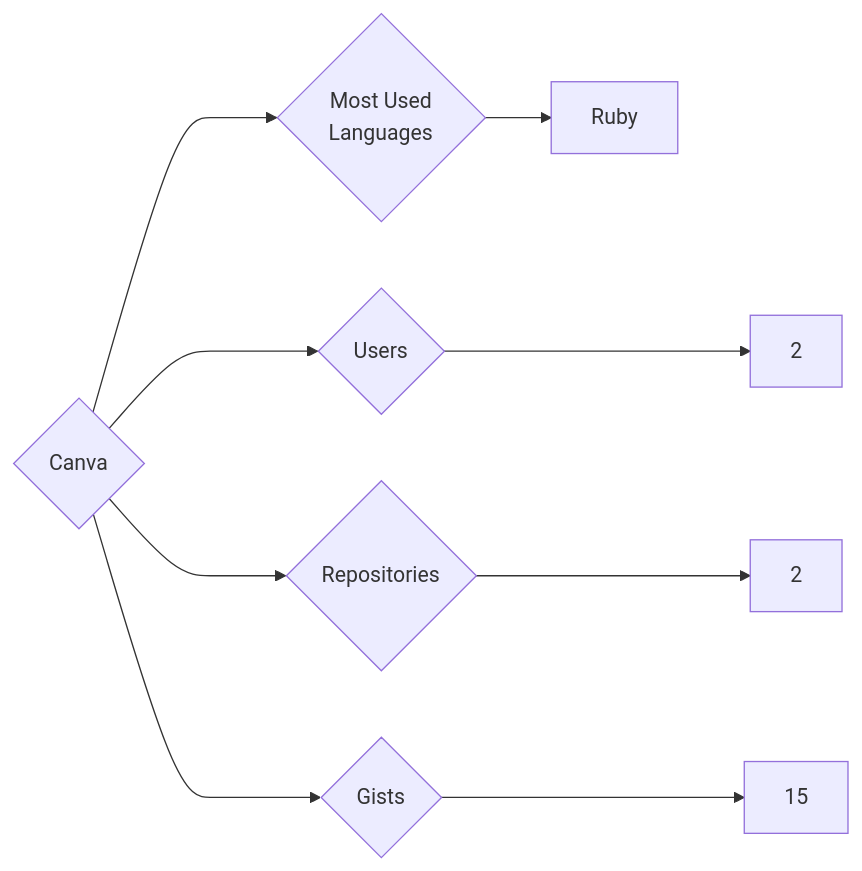
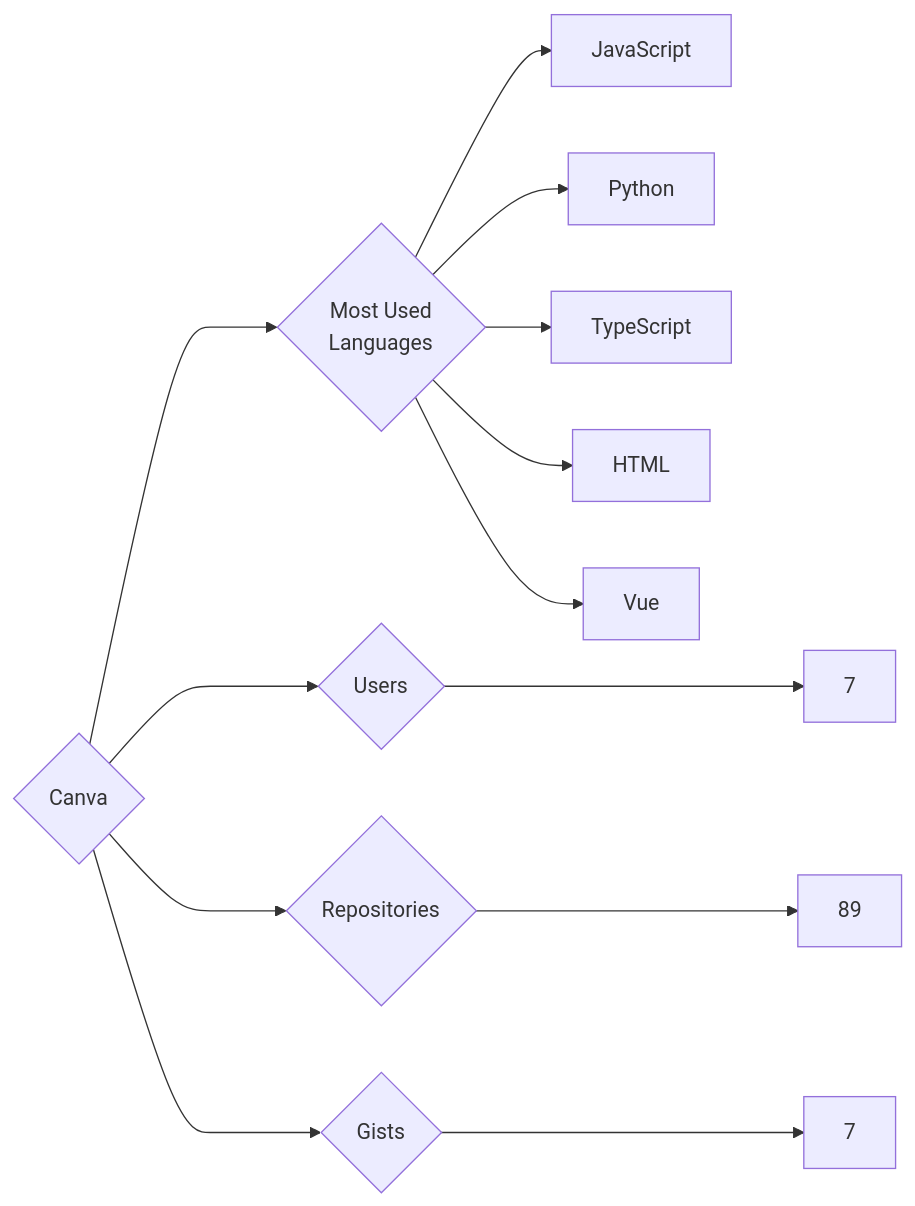
Before and after one commit to trickest/insiders: the diagram in targets/Canva/README.md, drawn with Mermaid. The commit also changed 1003 other files, not shown here.

````diff
--- a/targets/Canva/README.md
+++ b/targets/Canva/README.md
@@ -3,9 +3,13 @@
 ```mermaid
 graph LR
 COMPANY_NAME{Canva}
-COMPANY_NAME ---> U{Users} ---> UN[2]
-COMPANY_NAME ---> R{Repositories} ---> RN[2]
-COMPANY_NAME ---> G{Gists} ---> GN[15]
+COMPANY_NAME ---> U{Users} ---> UN[7]
+COMPANY_NAME ---> R{Repositories} ---> RN[89]
+COMPANY_NAME ---> G{Gists} ---> GN[7]
 COMPANY_NAME ---> ML{Most Used<br>Languages}
-ML --> Ruby[Ruby]
+ML --> JavaScript[JavaScript]
+ML --> Python[Python]
+ML --> TypeScript[TypeScript]
+ML --> HTML[HTML]
+ML --> Vue[Vue]
 ```
````
